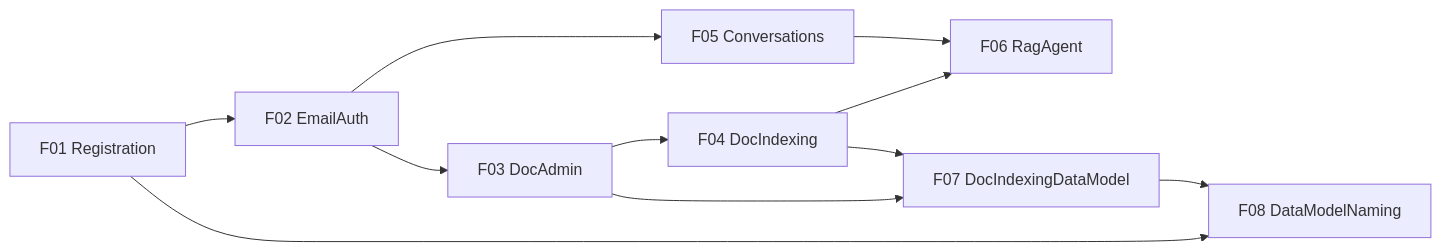
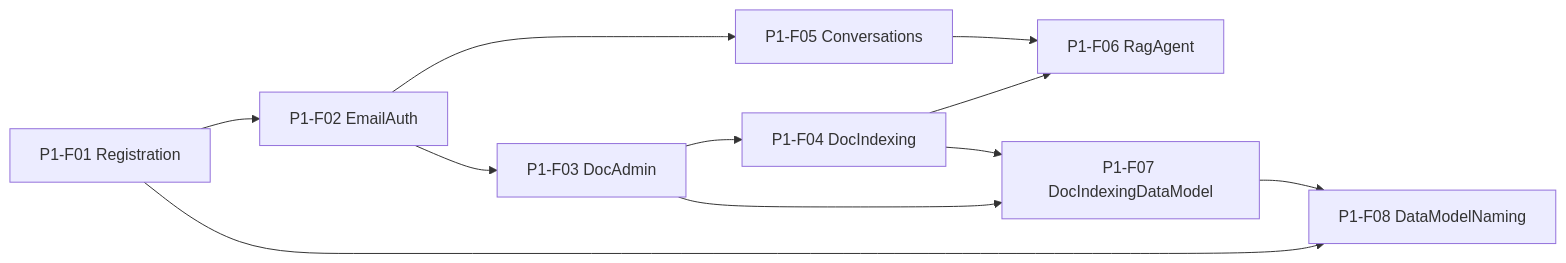
The diagram in docs/specs/phase1/01-feature-list.md (zmisi/rag-as-service), drawn with Mermaid before and after one commit. The commit also changed other lines of this file and 35 other files, not shown here.

````diff
--- a/docs/specs/phase1/01-feature-list.md
+++ b/docs/specs/phase1/01-feature-list.md
@@ -17,13 +17,13 @@
 ```mermaid
 flowchart LR
-  F01[F01 Registration] --> F02[F02 EmailAuth]
-  F02 --> F03[F03 DocAdmin]
-  F03 --> F04[F04 DocIndexing]
-  F02 --> F05[F05 Conversations]
-  F04 --> F06[F06 RagAgent]
-  F05 --> F06
-  F03 --> F07[F07 DocIndexingDataModel]
-  F04 --> F07
-  F01 --> F08[F08 DataModelNaming]
-  F07 --> F08
+  P1-F01[P1-F01 Registration] --> P1-F02[P1-F02 EmailAuth]
+  P1-F02 --> P1-F03[P1-F03 DocAdmin]
+  P1-F03 --> P1-F04[P1-F04 DocIndexing]
+  P1-F02 --> P1-F05[P1-F05 Conversations]
+  P1-F04 --> P1-F06[P1-F06 RagAgent]
+  P1-F05 --> P1-F06
+  P1-F03 --> P1-F07[P1-F07 DocIndexingDataModel]
+  P1-F04 --> P1-F07
+  P1-F01 --> P1-F08[P1-F08 DataModelNaming]
+  P1-F07 --> P1-F08
 ```
````
